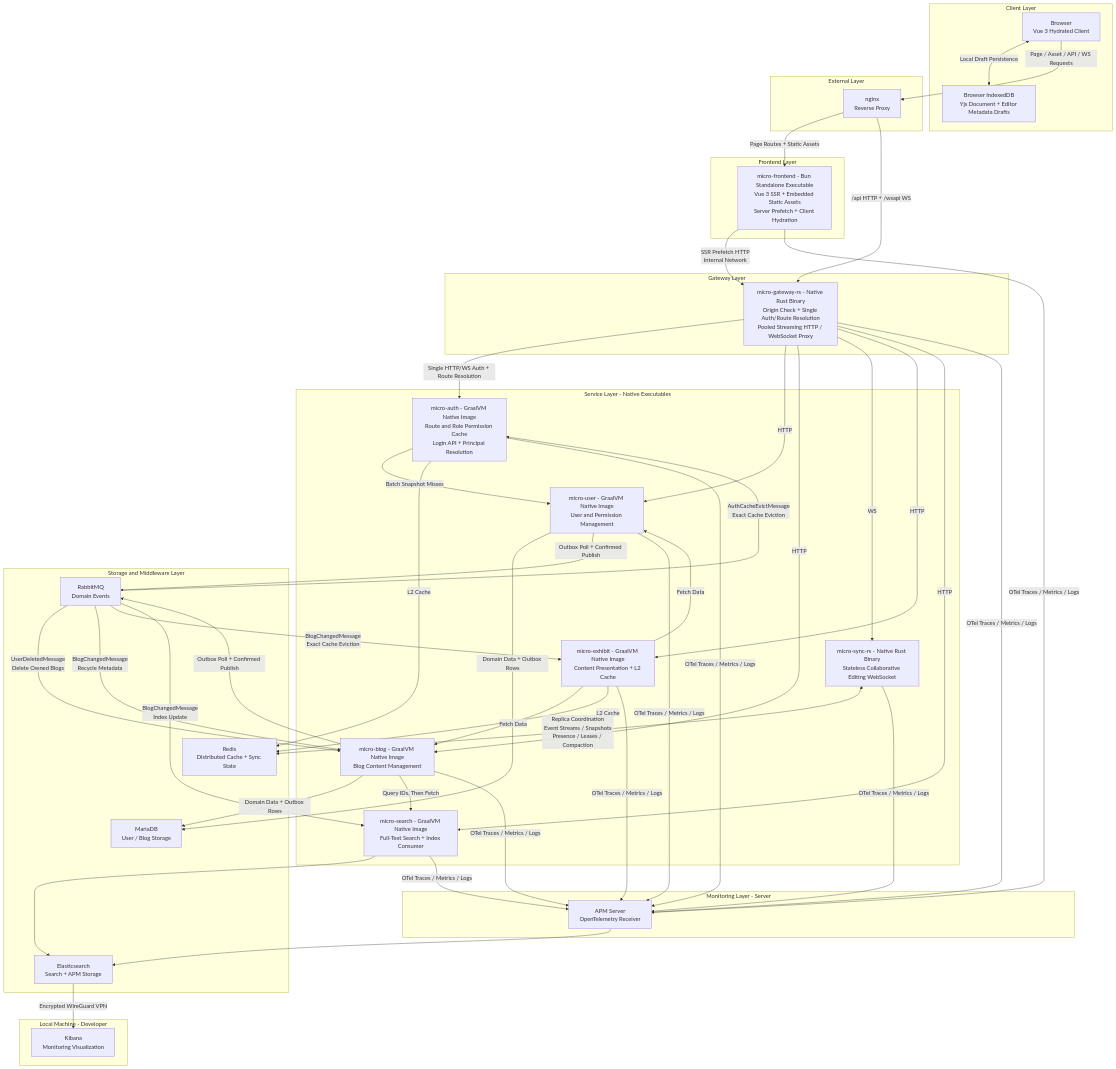
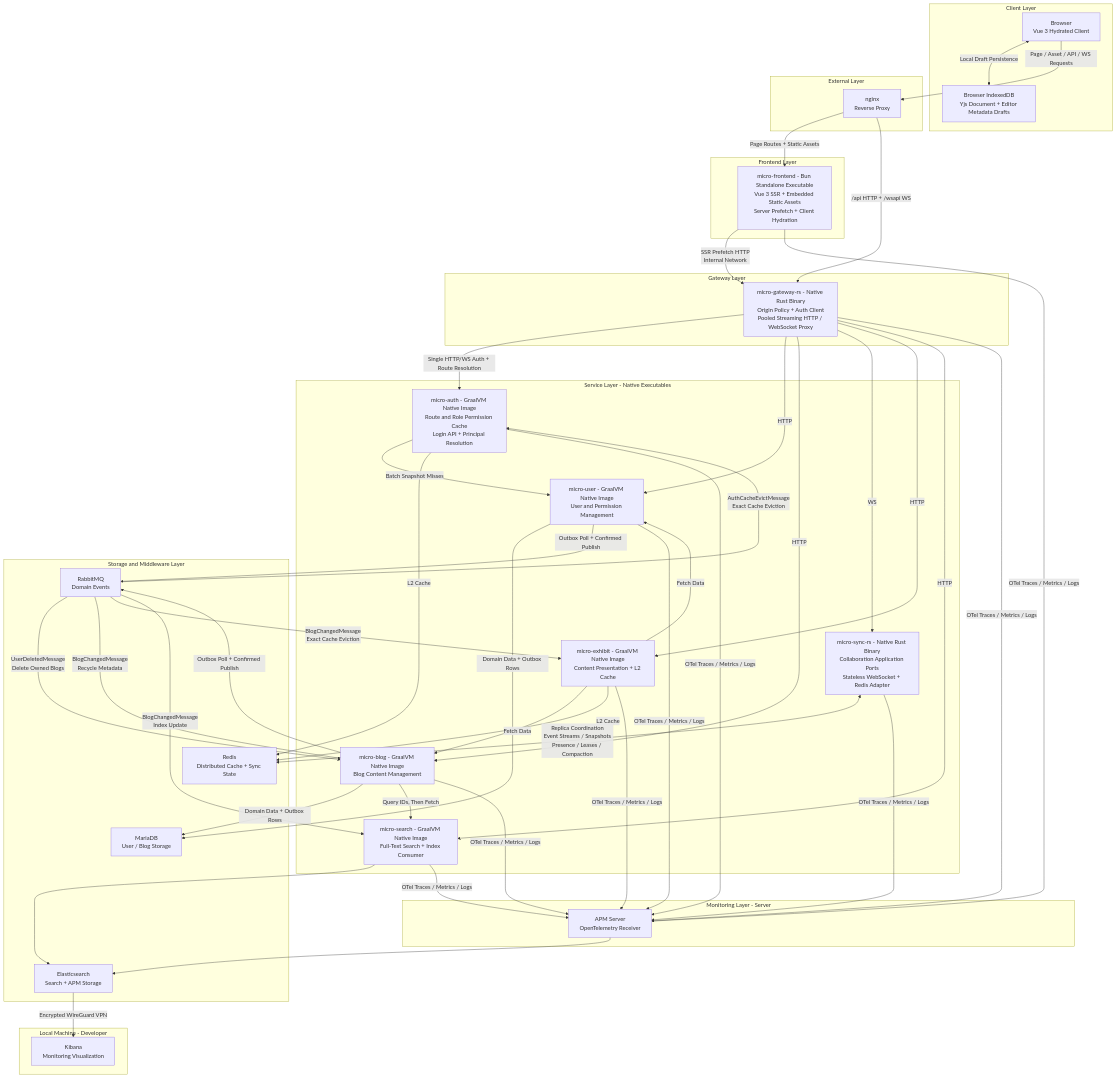
One commit to mingchiuli/megalith-micro changed the first of 2 diagrams in README.md. Above: the diagram before and after it, drawn with Mermaid. The commit also changed other lines of this file and 44 other files, not shown here.

````diff
--- a/README.md
+++ b/README.md
@@ -38,76 +38,76 @@
 ```mermaid
 graph TD
     %% Layer Definitions
     subgraph ClientLayer[Client Layer]
         Browser["Browser<br/>Vue 3 Hydrated Client"]
         BrowserDB["Browser IndexedDB<br/>Yjs Document + Editor Metadata Drafts"]
     end
     subgraph ExternalLayer[External Layer]
         Nginx["nginx<br/>Reverse Proxy"]
     end
     subgraph FrontendLayer[Frontend Layer]
         Frontend["micro-frontend - Bun Standalone Executable<br/>Vue 3 SSR + Embedded Static Assets<br/>Server Prefetch + Client Hydration"]
     end
     subgraph GatewayLayer[Gateway Layer]
-        Gateway["micro-gateway-rs - Native Rust Binary<br/>Origin Check + Single Auth/Route Resolution<br/>Pooled Streaming HTTP / WebSocket Proxy"]
+        Gateway["micro-gateway-rs - Native Rust Binary<br/>Origin Policy + Auth Client<br/>Pooled Streaming HTTP / WebSocket Proxy"]
     end
     subgraph ServiceLayer[Service Layer - Native Executables]
         Auth["micro-auth - GraalVM Native Image<br/>Route and Role Permission Cache<br/>Login API + Principal Resolution"]
         User["micro-user - GraalVM Native Image<br/>User and Permission Management"]
         Blog["micro-blog - GraalVM Native Image<br/>Blog Content Management"]
-        Sync["micro-sync-rs - Native Rust Binary<br/>Stateless Collaborative Editing WebSocket"]
+        Sync["micro-sync-rs - Native Rust Binary<br/>Collaboration Application Ports<br/>Stateless WebSocket + Redis Adapter"]
         Exhibit["micro-exhibit - GraalVM Native Image<br/>Content Presentation + L2 Cache"]
         Search["micro-search - GraalVM Native Image<br/>Full-Text Search + Index Consumer"]
     end
     subgraph StorageLayer[Storage and Middleware Layer]
         MariaDB["MariaDB<br/>User / Blog Storage"]
         Redis["Redis<br/>Distributed Cache + Sync State"]
         RabbitMQ["RabbitMQ<br/>Domain Events"]
         ES["Elasticsearch<br/>Search + APM Storage"]
     end
     subgraph MonitoringLayer[Monitoring Layer - Server]
         APMServer["APM Server<br/>OpenTelemetry Receiver"]
     end
     subgraph LocalMachine[Local Machine - Developer]
         Kibana["Kibana<br/>Monitoring Visualization"]
     end
 
     %% Page requests use SSR; browser API calls bypass the frontend server.
     Browser <-->|Local Draft Persistence| BrowserDB
     Browser -->|Page / Asset / API / WS Requests| Nginx
     Nginx -->|Page Routes + Static Assets| Frontend
     Nginx -->|/api HTTP + /wsapi WS| Gateway
     Frontend -->|SSR Prefetch HTTP<br/>Internal Network| Gateway
     Gateway -->|Single HTTP/WS Auth + Route Resolution| Auth
     Gateway -->|HTTP| User
     Gateway -->|HTTP| Blog
     Gateway -->|WS| Sync
     Gateway -->|HTTP| Exhibit
     Gateway -->|HTTP| Search
 
     %% Business dependencies.
     User -->|Domain Data + Outbox Rows| MariaDB
     Blog -->|Domain Data + Outbox Rows| MariaDB
     Exhibit -->|Fetch Data| User
     Exhibit -->|Fetch Data| Blog
     Auth -->|Batch Snapshot Misses| User
     Search --> ES
     Blog -->|Query IDs, Then Fetch| Search
 
     %% Durable events and distributed caches.
     User -->|Outbox Poll + Confirmed Publish| RabbitMQ
     Blog -->|Outbox Poll + Confirmed Publish| RabbitMQ
     RabbitMQ -->|AuthCacheEvictMessage<br/>Exact Cache Eviction| Auth
     RabbitMQ -->|UserDeletedMessage<br/>Delete Owned Blogs| Blog
     RabbitMQ -->|BlogChangedMessage<br/>Recycle Metadata| Blog
     RabbitMQ -->|BlogChangedMessage<br/>Exact Cache Eviction| Exhibit
     RabbitMQ -->|BlogChangedMessage<br/>Index Update| Search
     Auth -->|L2 Cache| Redis
     Exhibit -->|L2 Cache| Redis
     Sync <-->|Replica Coordination<br/>Event Streams / Snapshots<br/>Presence / Leases / Compaction| Redis
 
     %% Observability.
     Frontend & User & Blog & Auth & Exhibit & Search & Sync & Gateway -->|OTel Traces / Metrics / Logs| APMServer
     APMServer --> ES
     ES -->|Encrypted WireGuard VPN| Kibana
 ```
````
